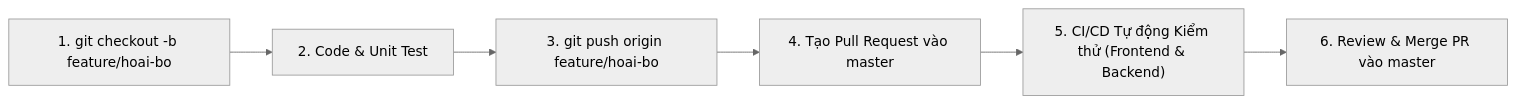
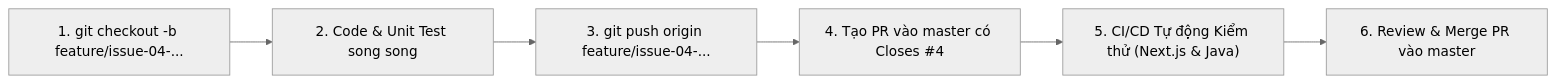
One commit to HubertPhung/WebQuanLyQuanCafe-DesignPatterns changed the second of 2 diagrams in docs/ISSUE_GUIDELINES.md. Above: the diagram before and after it, drawn with Mermaid (neutral theme). The commit also changed other lines of this file and 6 other files, not shown here.

Commit message:
docs: synchronize 15-issue backlog, package names, git workflow, and architecture specs

````diff
--- a/docs/ISSUE_GUIDELINES.md
+++ b/docs/ISSUE_GUIDELINES.md
@@ -186,8 +202,8 @@
 ```mermaid
 flowchart LR
-    A["1. git checkout -b feature/hoai-bo"] --> B["2. Code & Unit Test"]
-    B --> C["3. git push origin feature/hoai-bo"]
-    C --> D["4. Tạo Pull Request vào master"]
-    D --> E["5. CI/CD Tự động Kiểm thử (Frontend & Backend)"]
+    A["1. git checkout -b feature/issue-04-..."] --> B["2. Code & Unit Test song song"]
+    B --> C["3. git push origin feature/issue-04-..."]
+    C --> D["4. Tạo PR vào master có Closes #4"]
+    D --> E["5. CI/CD Tự động Kiểm thử (Next.js & Java)"]
     E --> F["6. Review & Merge PR vào master"]
 ```
````
